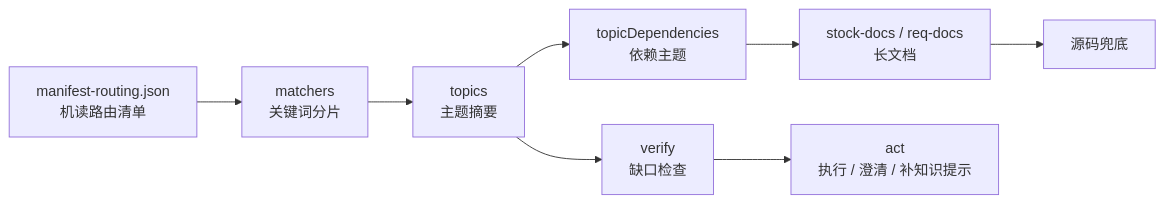
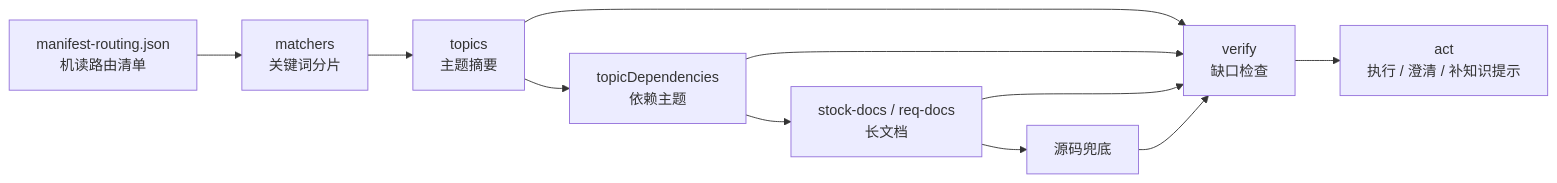
The first of 4 diagrams in docs/Flow2Spec基础介绍.md (Lands-1203/Flow2Spec), drawn with Mermaid before and after one commit.

````diff
--- a/docs/Flow2Spec基础介绍.md
+++ b/docs/Flow2Spec基础介绍.md
@@ -127,10 +127,13 @@
 ```mermaid
 flowchart LR
   A[manifest-routing.json<br/>机读路由清单] --> B[matchers<br/>关键词分片]
   B --> C[topics<br/>主题摘要]
   C --> D[topicDependencies<br/>依赖主题]
   D --> E[stock-docs / req-docs<br/>长文档]
   E --> F[源码兜底]
   C --> G[verify<br/>缺口检查]
+  D --> G
+  E --> G
+  F --> G
   G --> H[act<br/>执行 / 澄清 / 补知识提示]
 ```
````
